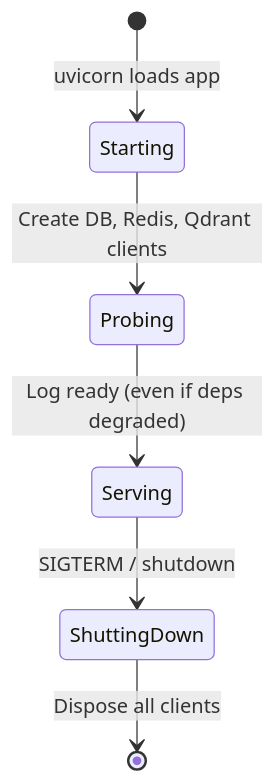
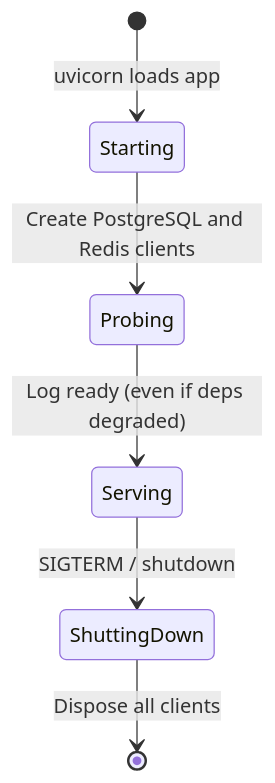
One commit to Jrahimin/rag-builder changed the diagram in docs/learning/application-factory-and-fastapi.md. Above: the diagram before and after it, drawn with Mermaid. The commit also changed other lines of this file and 87 other files, not shown here.

````diff
--- a/docs/learning/application-factory-and-fastapi.md
+++ b/docs/learning/application-factory-and-fastapi.md
@@ -54,8 +54,8 @@
 ```mermaid
 stateDiagram-v2
     [*] --> Starting: uvicorn loads app
-    Starting --> Probing: Create DB, Redis, Qdrant clients
+    Starting --> Probing: Create PostgreSQL and Redis clients
     Probing --> Serving: Log ready (even if deps degraded)
     Serving --> ShuttingDown: SIGTERM / shutdown
     ShuttingDown --> [*]: Dispose all clients
 ```
````
